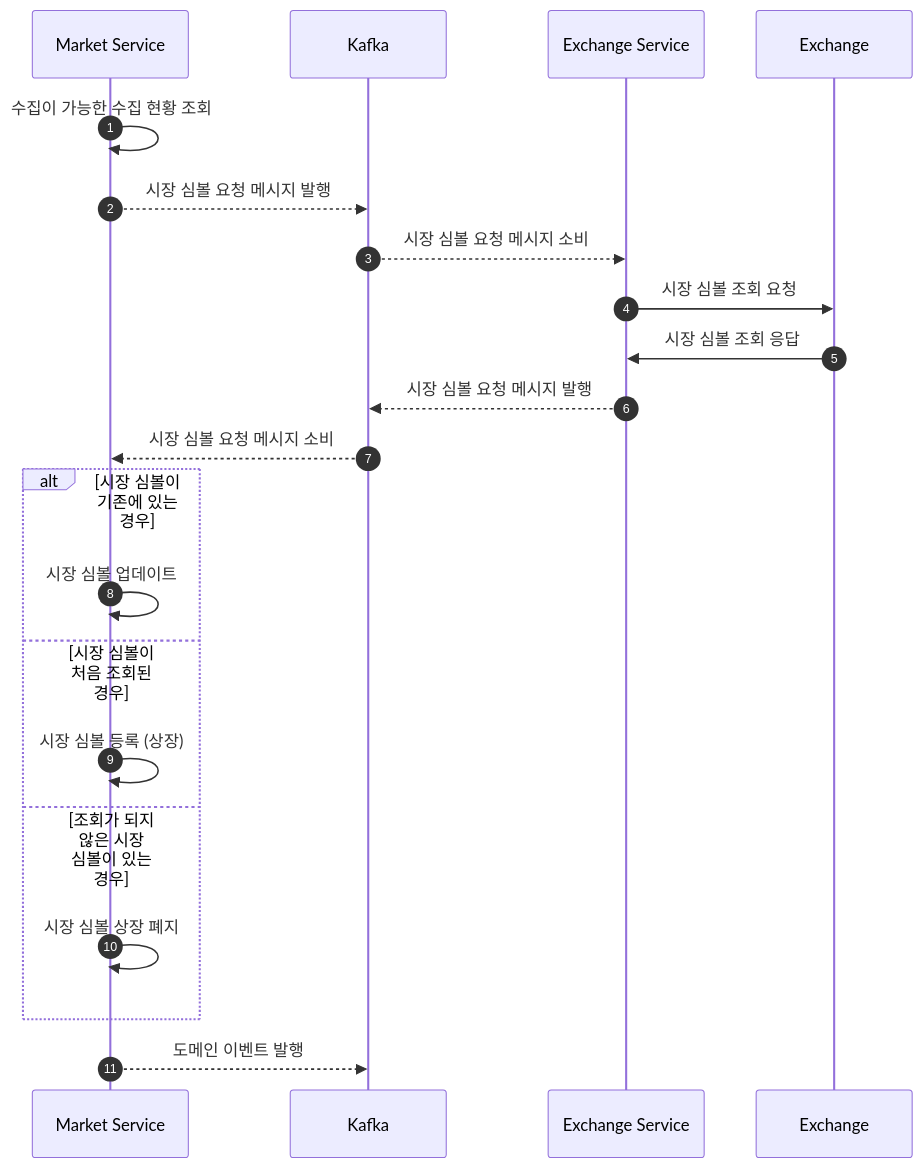
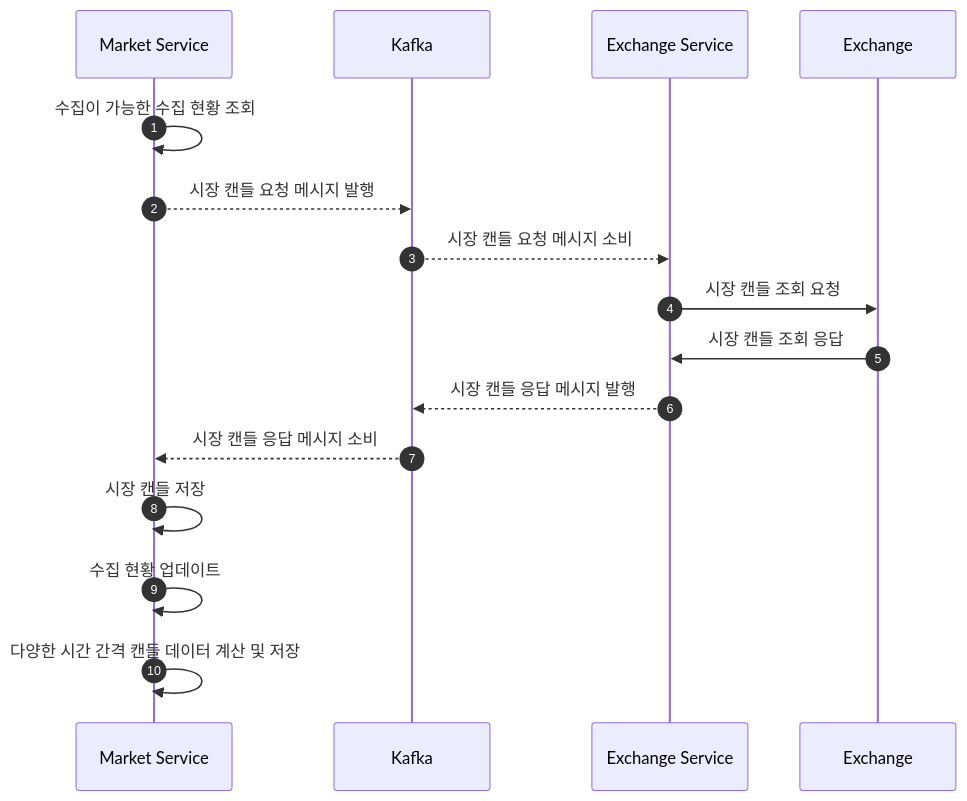
One commit to Trade-Pilot/.github changed the second of 2 diagrams in backend/design/MarketService.md. Above: the diagram before and after it, drawn with Mermaid. The commit also changed other lines of this file, not shown here.

Commit message:
feat: sequance diagram 추가

````diff
--- a/backend/design/MarketService.md
+++ b/backend/design/MarketService.md
@@ -101,28 +105,22 @@
 ```mermaid
 sequenceDiagram
     participant m as Market Service
     participant k as Kafka
     participant e as Exchange Service
     participant ex as Exchange
 
     autoNumber
 
     m ->> m : 수집이 가능한 수집 현황 조회
 
-    m -->> k : 시장 심볼 요청 메시지 발행
-    k -->> e : 시장 심볼 요청 메시지 소비
-    e ->> ex : 시장 심볼 조회 요청
-    ex ->> e : 시장 심볼 조회 응답
-    e -->> k : 시장 심볼 요청 메시지 발행
-    k -->> m : 시장 심볼 요청 메시지 소비
+    m -->> k : 시장 캔들 요청 메시지 발행
+    k -->> e : 시장 캔들 요청 메시지 소비
+    e ->> ex : 시장 캔들 조회 요청
+    ex ->> e : 시장 캔들 조회 응답
+    e -->> k : 시장 캔들 응답 메시지 발행
+    k -->> m : 시장 캔들 응답 메시지 소비
 
-    alt 시장 심볼이 기존에 있는 경우
-        m ->> m : 시장 심볼 업데이트
-    else 시장 심볼이 처음 조회된 경우
-        m ->> m : 시장 심볼 등록 (상장)
-    else 조회가 되지 않은 시장 심볼이 있는 경우
-        m ->> m : 시장 심볼 상장 폐지
-    end
-
-    m -->> k : 도메인 이벤트 발행
+    m ->> m : 시장 캔들 저장
+    m ->> m : 수집 현황 업데이트
+    m ->> m : 다양한 시간 간격 캔들 데이터 계산 및 저장
 ```
````
